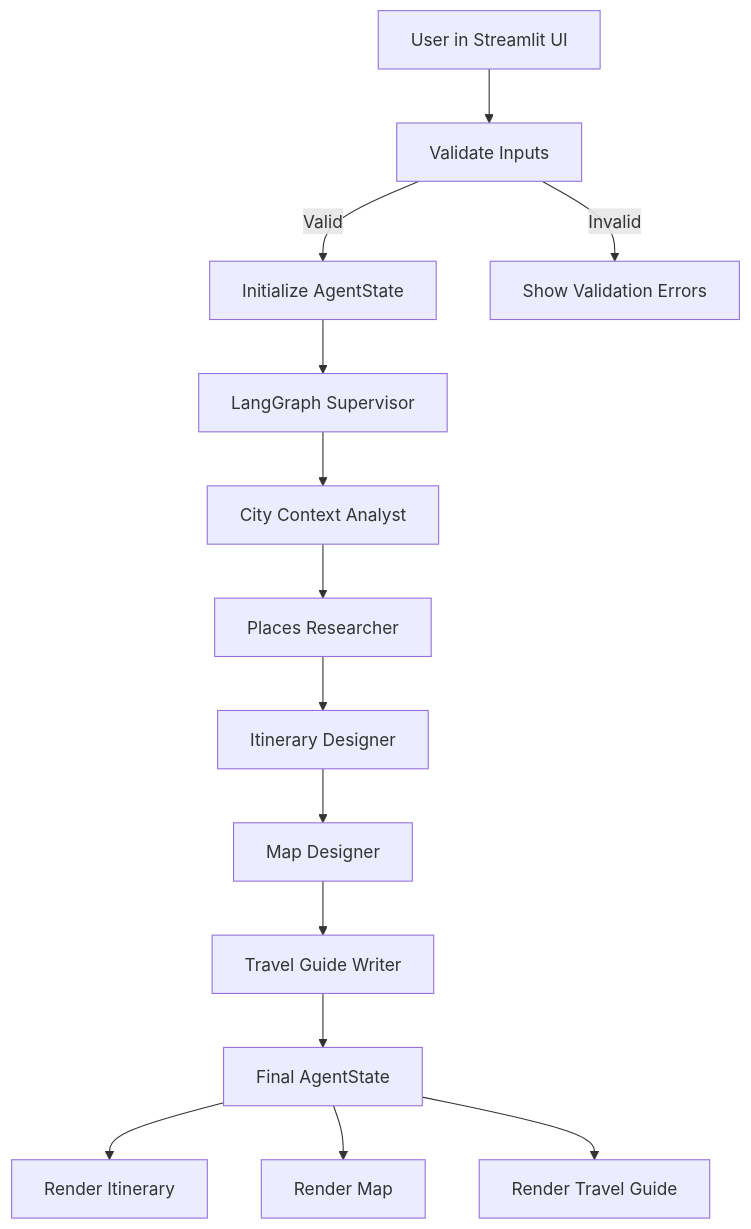
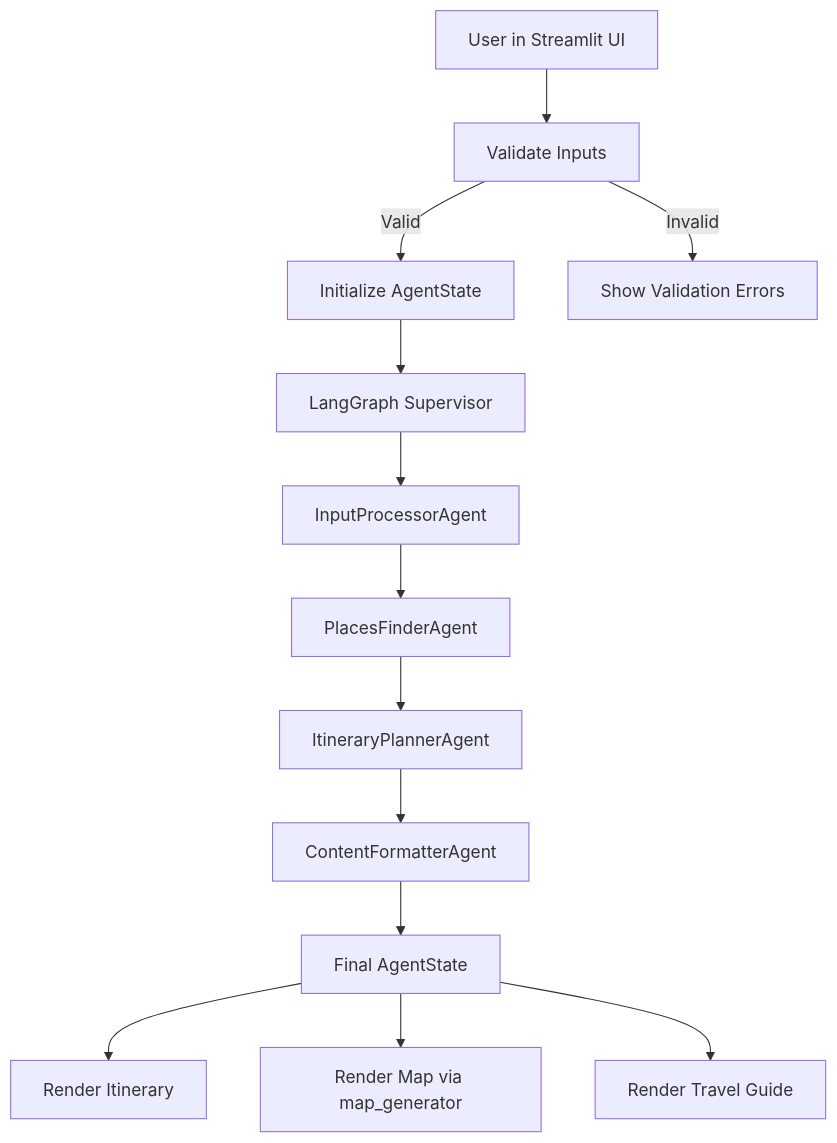
The diagram in context/ARCHITECTURE.md (brej-29/feasible-day), drawn with Mermaid before and after one commit. The commit also changed other lines of this file and 14 other files, not shown here.

Commit message:
feat: scaffold four agents (InputProcessor, PlacesFinder, ItineraryPlanner, ContentFormatter), base models, geocoding, map_generator, and supervisor wiring

````diff
--- a/context/ARCHITECTURE.md
+++ b/context/ARCHITECTURE.md
@@ -160,19 +217,18 @@
 ```mermaid
 flowchart TD
     A[User in Streamlit UI] --> B[Validate Inputs]
     B -->|Valid| C[Initialize AgentState]
     B -->|Invalid| Z[Show Validation Errors]
 
     C --> D[LangGraph Supervisor]
 
-    D --> E[City Context Analyst]
-    E --> F[Places Researcher]
-    F --> G[Itinerary Designer]
-    G --> H[Map Designer]
-    H --> I[Travel Guide Writer]
-    I --> J[Final AgentState]
+    D --> E[InputProcessorAgent]
+    E --> F[PlacesFinderAgent]
+    F --> G[ItineraryPlannerAgent]
+    G --> H[ContentFormatterAgent]
+    H --> I[Final AgentState]
 
-    J --> K[Render Itinerary]
-    J --> L[Render Map]
-    J --> M[Render Travel Guide]
+    I --> J[Render Itinerary]
+    I --> K[Render Map via map_generator]
+    I --> L[Render Travel Guide]
 ```
````
